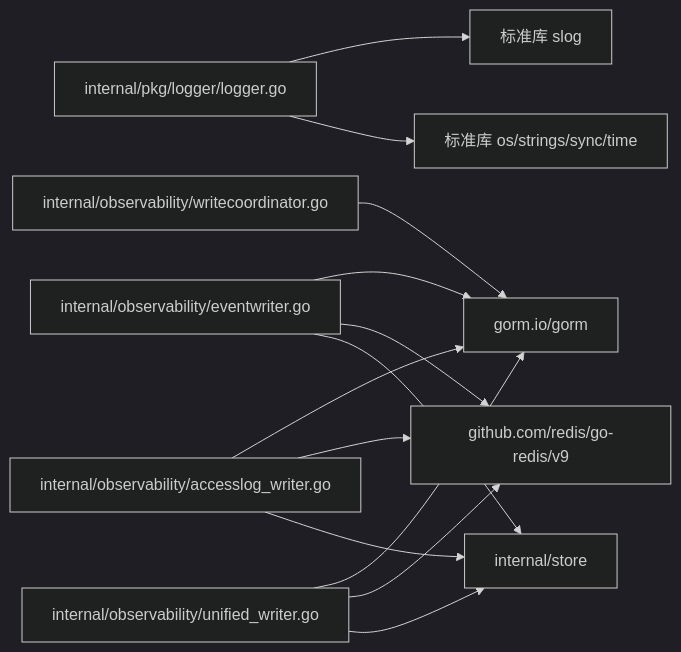
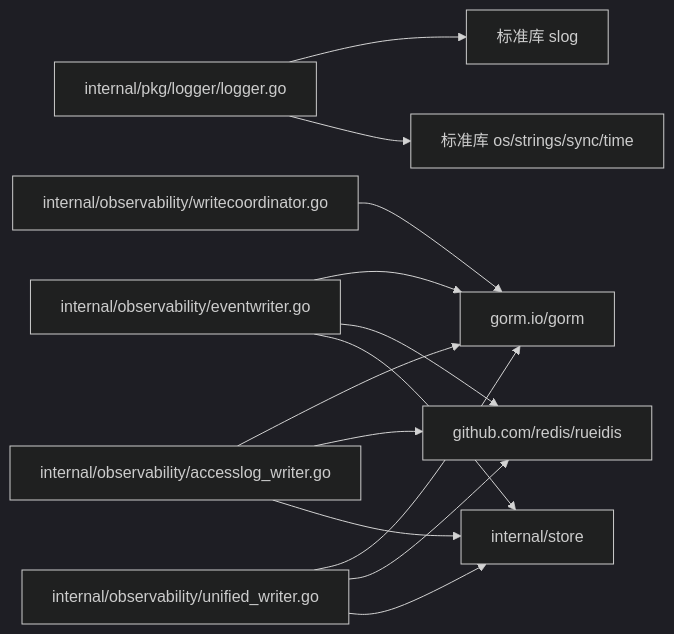
The sixth of 6 diagrams in docs/监控与可观测性/日志管理系统.md (x01n/My-OpenWaf), drawn with Mermaid (dark theme) before and after one commit. The commit also changed other lines of this file and 329 other files, not shown here.

````diff
--- a/docs/监控与可观测性/日志管理系统.md
+++ b/docs/监控与可观测性/日志管理系统.md
@@ -243,15 +243,15 @@
 ```mermaid
 graph LR
 Logger["internal/pkg/logger/logger.go"] --> Slog["标准库 slog"]
 Logger --> OS["标准库 os/strings/sync/time"]
 EventWriter["internal/observability/eventwriter.go"] --> Gorm["gorm.io/gorm"]
-EventWriter --> Redis["github.com/redis/go-redis/v9"]
+EventWriter --> Redis["github.com/redis/rueidis"]
 EventWriter --> Store["internal/store"]
 AccessLogWriter["internal/observability/accesslog_writer.go"] --> Gorm
 AccessLogWriter --> Redis
 AccessLogWriter --> Store
 UnifiedWriter["internal/observability/unified_writer.go"] --> Gorm
 UnifiedWriter --> Redis
 UnifiedWriter --> Store
 WriteCoordinator["internal/observability/writecoordinator.go"] --> Gorm
 ```
````
